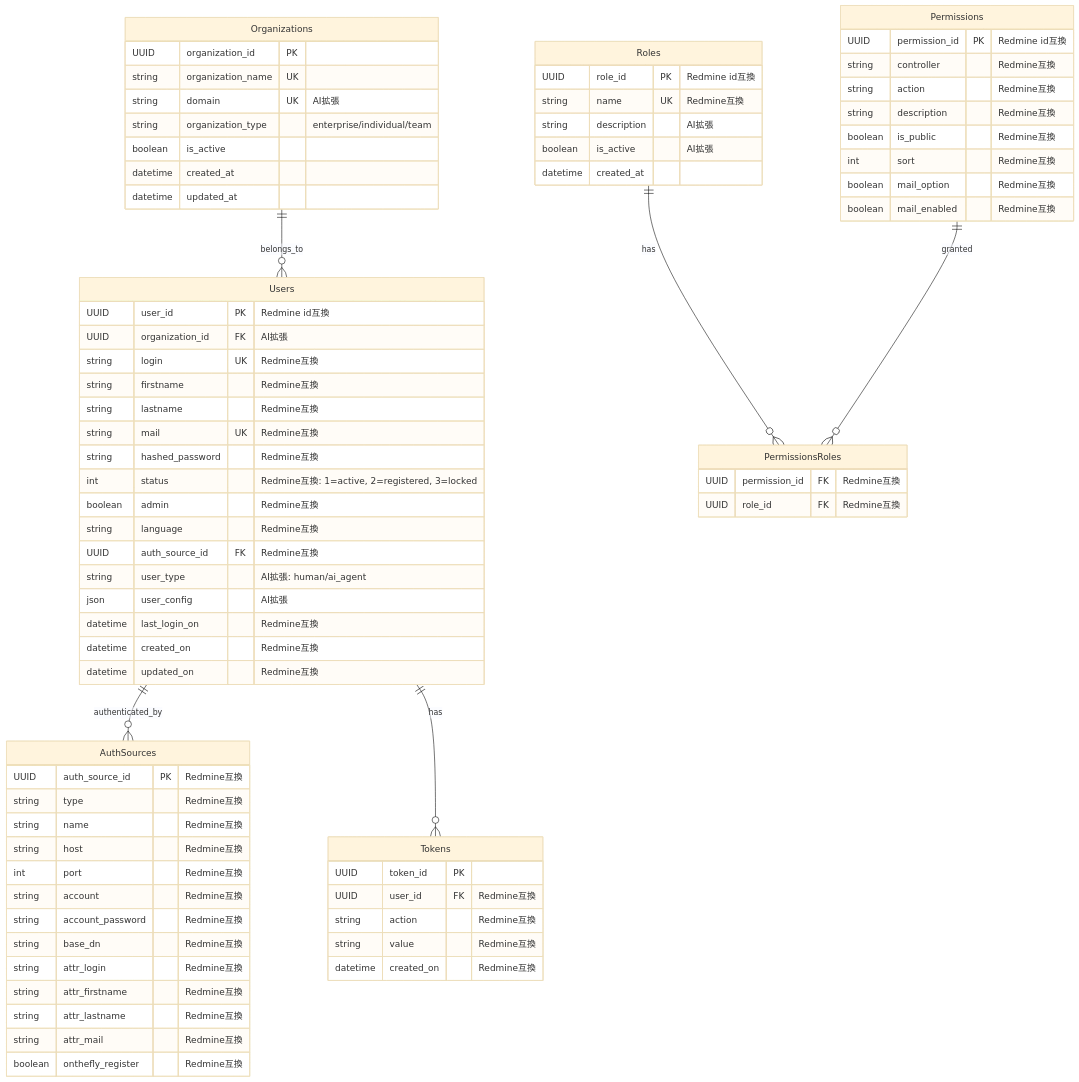
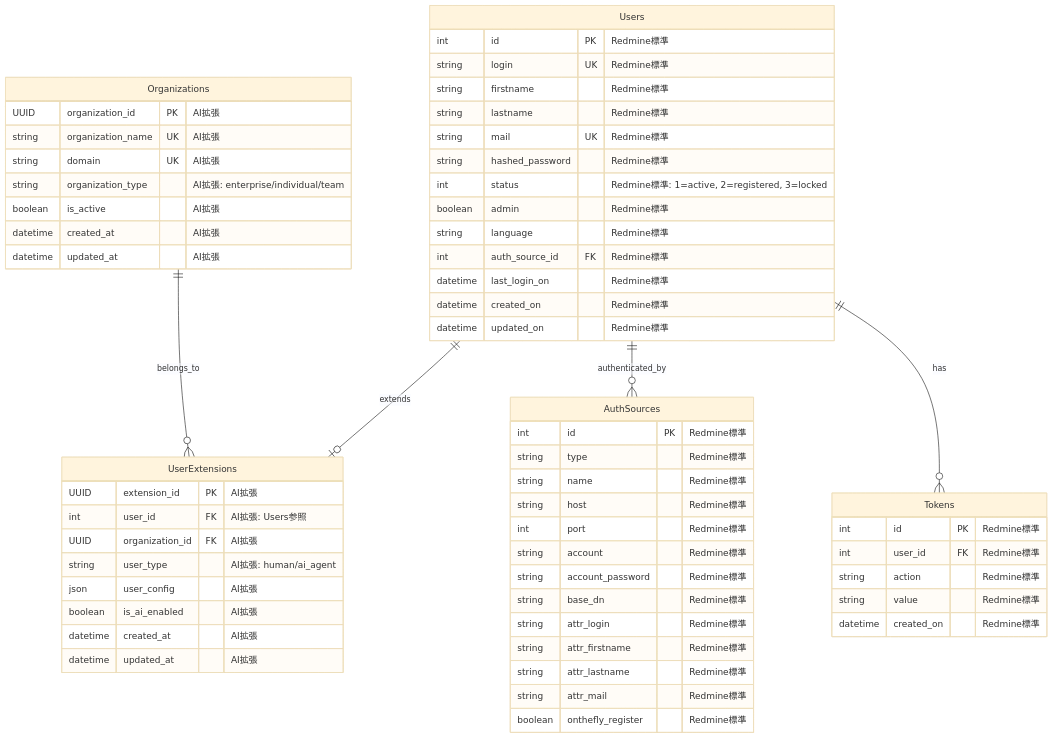
One commit to daichiTAAA/AgentOpsPlatform changed the first of 11 diagrams in docs/030000_設計/035000_データ設計/035010_ER図.md. Above: the diagram before and after it, drawn with Mermaid (base theme). The commit also changed other lines of this file, not shown here.

````diff
--- a/docs/030000_設計/035000_データ設計/035010_ER図.md
+++ b/docs/030000_設計/035000_データ設計/035010_ER図.md
@@ -84,85 +96,71 @@
 ```mermaid
 erDiagram
-    Organizations {
-        UUID organization_id PK
-        string organization_name UK
-        string domain UK "AI拡張"
-        string organization_type "enterprise/individual/team"
-        boolean is_active
-        datetime created_at
-        datetime updated_at
-    }
-    
+    %% Redmine標準テーブル（変更なし）
     Users {
-        UUID user_id PK "Redmine id互換"
-        UUID organization_id FK "AI拡張"
-        string login UK "Redmine互換"
-        string firstname "Redmine互換"
-        string lastname "Redmine互換"
-        string mail UK "Redmine互換"
-        string hashed_password "Redmine互換"
-        int status "Redmine互換: 1=active, 2=registered, 3=locked"
-        boolean admin "Redmine互換"
-        string language "Redmine互換"
-        UUID auth_source_id FK "Redmine互換"
-        string user_type "AI拡張: human/ai_agent"
-        json user_config "AI拡張"
-        datetime last_login_on "Redmine互換"
-        datetime created_on "Redmine互換"
-        datetime updated_on "Redmine互換"
+        int id PK "Redmine標準"
+        string login UK "Redmine標準"
+        string firstname "Redmine標準"
+        string lastname "Redmine標準"
+        string mail UK "Redmine標準"
+        string hashed_password "Redmine標準"
+        int status "Redmine標準: 1=active, 2=registered, 3=locked"
+        boolean admin "Redmine標準"
+        string language "Redmine標準"
+        int auth_source_id FK "Redmine標準"
+        datetime last_login_on "Redmine標準"
+        datetime created_on "Redmine標準"
+        datetime updated_on "Redmine標準"
     }
     
     AuthSources {
-        UUID auth_source_id PK "Redmine互換"
-        string type "Redmine互換"
-        string name "Redmine互換"
-        string host "Redmine互換"
-        int port "Redmine互換"
-        string account "Redmine互換"
-        string account_password "Redmine互換"
-        string base_dn "Redmine互換"
-        string attr_login "Redmine互換"
-        string attr_firstname "Redmine互換"
-        string attr_lastname "Redmine互換"
-        string attr_mail "Redmine互換"
-        boolean onthefly_register "Redmine互換"
-    }
-    
-    Roles {
-        UUID role_id PK "Redmine id互換"
-        string name UK "Redmine互換"
-        string description "AI拡張"
-        boolean is_active "AI拡張"
-        datetime created_at
-    }
-    
-    Permissions {
-        UUID permission_id PK "Redmine id互換"
-        string controller "Redmine互換"
-        string action "Redmine互換" 
-        string description "Redmine互換"
-        boolean is_public "Redmine互換"
-        int sort "Redmine互換"
-        boolean mail_option "Redmine互換"
-        boolean mail_enabled "Redmine互換"
-    }
-    
-    PermissionsRoles {
-        UUID permission_id FK "Redmine互換"
-        UUID role_id FK "Redmine互換"
+        int id PK "Redmine標準"
+        string type "Redmine標準"
+        string name "Redmine標準"
+        string host "Redmine標準"
+        int port "Redmine標準"
+        string account "Redmine標準"
+        string account_password "Redmine標準"
+        string base_dn "Redmine標準"
+        string attr_login "Redmine標準"
+        string attr_firstname "Redmine標準"
+        string attr_lastname "Redmine標準"
+        string attr_mail "Redmine標準"
+        boolean onthefly_register "Redmine標準"
     }
     
     Tokens {
-        UUID token_id PK
-        UUID user_id FK "Redmine互換"
-        string action "Redmine互換"
-        string value "Redmine互換"
-        datetime created_on "Redmine互換"
+        int id PK "Redmine標準"
+        int user_id FK "Redmine標準"
+        string action "Redmine標準"
+        string value "Redmine標準"
+        datetime created_on "Redmine標準"
     }
     
-    Organizations ||--o{ Users : belongs_to
+    %% AI拡張テーブル（新規追加）
+    Organizations {
+        UUID organization_id PK "AI拡張"
+        string organization_name UK "AI拡張"
+        string domain UK "AI拡張"
+        string organization_type "AI拡張: enterprise/individual/team"
+        boolean is_active "AI拡張"
+        datetime created_at "AI拡張"
+        datetime updated_at "AI拡張"
+    }
+    
+    UserExtensions {
+        UUID extension_id PK "AI拡張"
+        int user_id FK "AI拡張: Users参照"
+        UUID organization_id FK "AI拡張"
+        string user_type "AI拡張: human/ai_agent"
+        json user_config "AI拡張"
+        boolean is_ai_enabled "AI拡張"
+        datetime created_at "AI拡張"
+        datetime updated_at "AI拡張"
+    }
+    
+    %% 関係性
+    Users ||--o| UserExtensions : extends
+    Organizations ||--o{ UserExtensions : belongs_to
     Users ||--o{ AuthSources : authenticated_by
     Users ||--o{ Tokens : has
-    Roles ||--o{ PermissionsRoles : has
-    Permissions ||--o{ PermissionsRoles : granted
 ```
````
